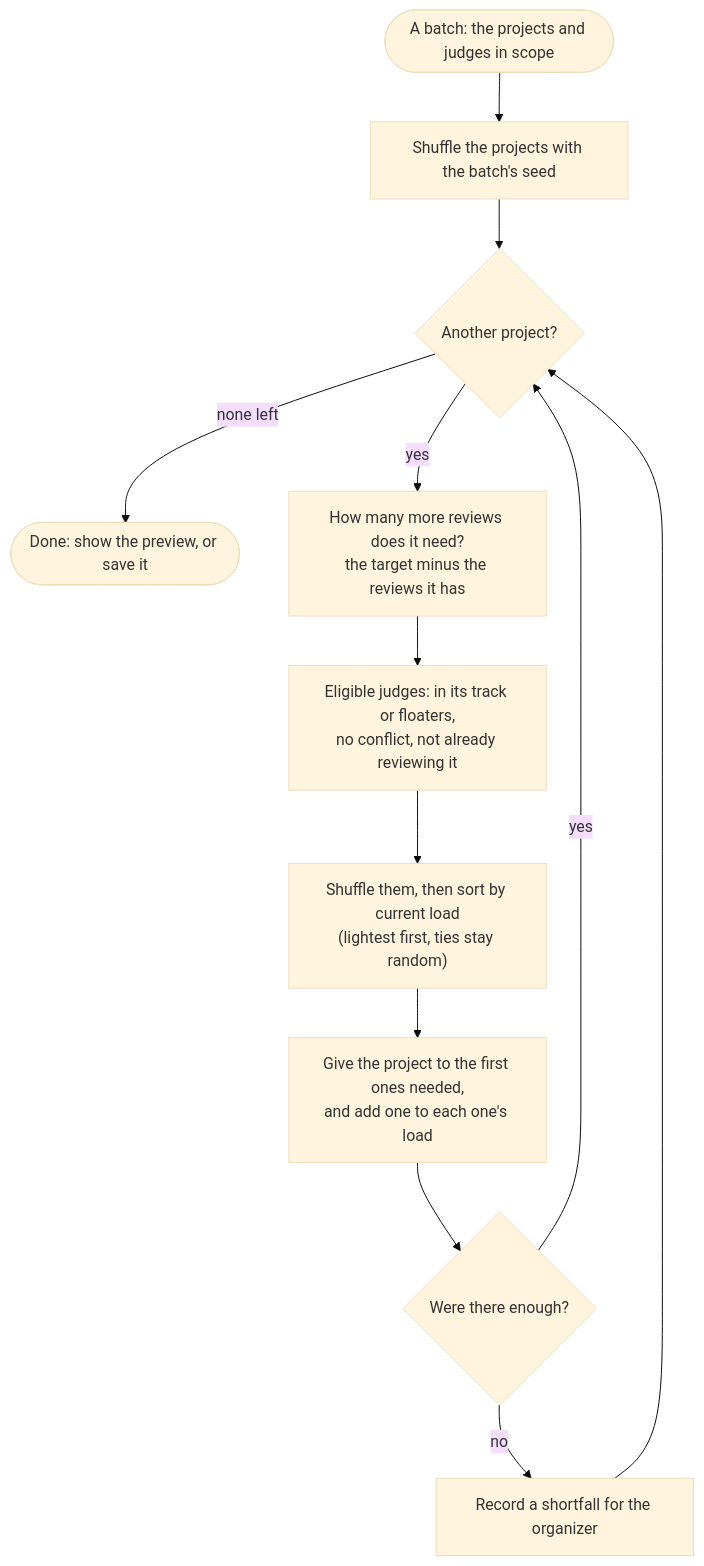
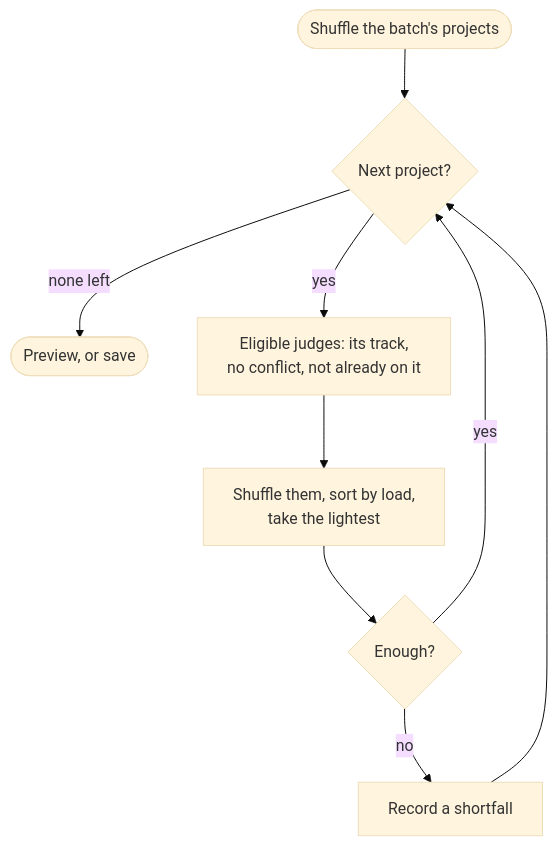
Before and after one commit to manusingh090/Shipshape: the second of 4 diagrams in JUDGING.md, drawn with Mermaid (base theme). The commit also changed other lines of this file and 2 other files, not shown here.

Commit message:
Update files: shorter README, compact diagrams

````diff
--- a/JUDGING.md
+++ b/JUDGING.md
@@ -137,14 +126,10 @@
 ```mermaid
 flowchart TD
-    start(["A batch: the projects and judges in scope"]) --> shuffle1["Shuffle the projects with the batch's seed"]
-    shuffle1 --> next{"Another project?"}
-    next -- "none left" --> done(["Done: show the preview, or save it"])
-    next -- yes --> need["How many more reviews does it need?<br/>the target minus the reviews it has"]
-    need --> pool["Eligible judges: in its track or floaters,<br/>no conflict, not already reviewing it"]
-    pool --> shuffle2["Shuffle them, then sort by current load<br/>(lightest first, ties stay random)"]
-    shuffle2 --> take["Give the project to the first ones needed,<br/>and add one to each one's load"]
-    take --> short{"Were there enough?"}
-    short -- yes --> next
-    short -- no --> record["Record a shortfall for the organizer"]
-    record --> next
+    start(["Shuffle the batch's projects"]) --> next{"Next project?"}
+    next -- "none left" --> done(["Preview, or save"])
+    next -- yes --> pool["Eligible judges: its track,<br/>no conflict, not already on it"]
+    pool --> pick["Shuffle them, sort by load,<br/>take the lightest"]
+    pick --> enough{"Enough?"}
+    enough -- yes --> next
+    enough -- no --> shortfall["Record a shortfall"] --> next
 ```
````
